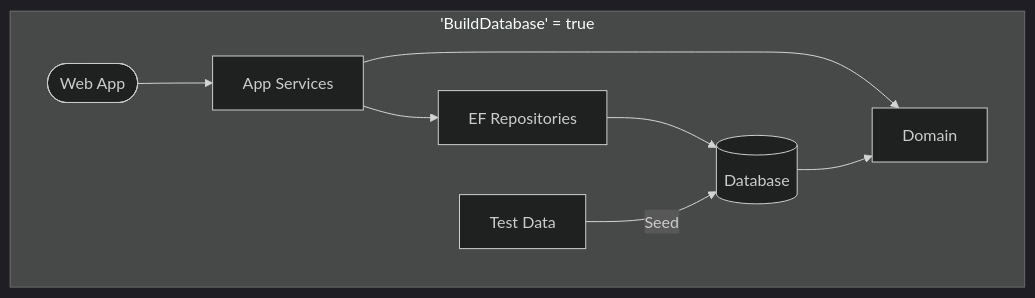
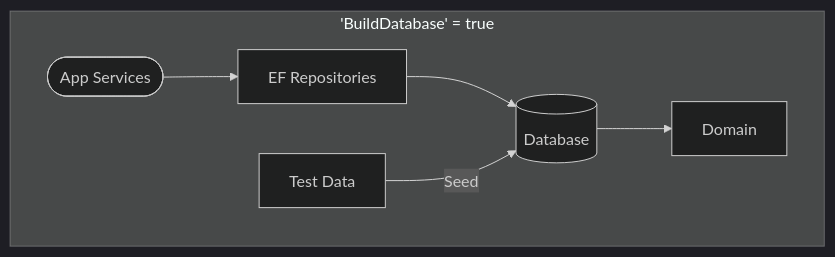
One commit to gaepdit/complaint-tracking changed the second of 3 diagrams in README.md. Above: the diagram before and after it, drawn with Mermaid (dark theme). The commit also changed other lines of this file and 2 other files, not shown here.

````diff
--- a/README.md
+++ b/README.md
@@ -190,18 +185,15 @@
 ```mermaid
 flowchart LR
     subgraph SPB["'BuildDatabase' = true"]
         direction LR
         D[Domain]
         T[Test Data]
         R[EF Repositories]
-        A[App Services]
-        W([Web App])
+        A([App Services])
         B[(Database)]
-        W --> A
-        A --> D
         R --> B
         A --> R
         T -->|Seed| B
         B --> D
     end
 ```
````
